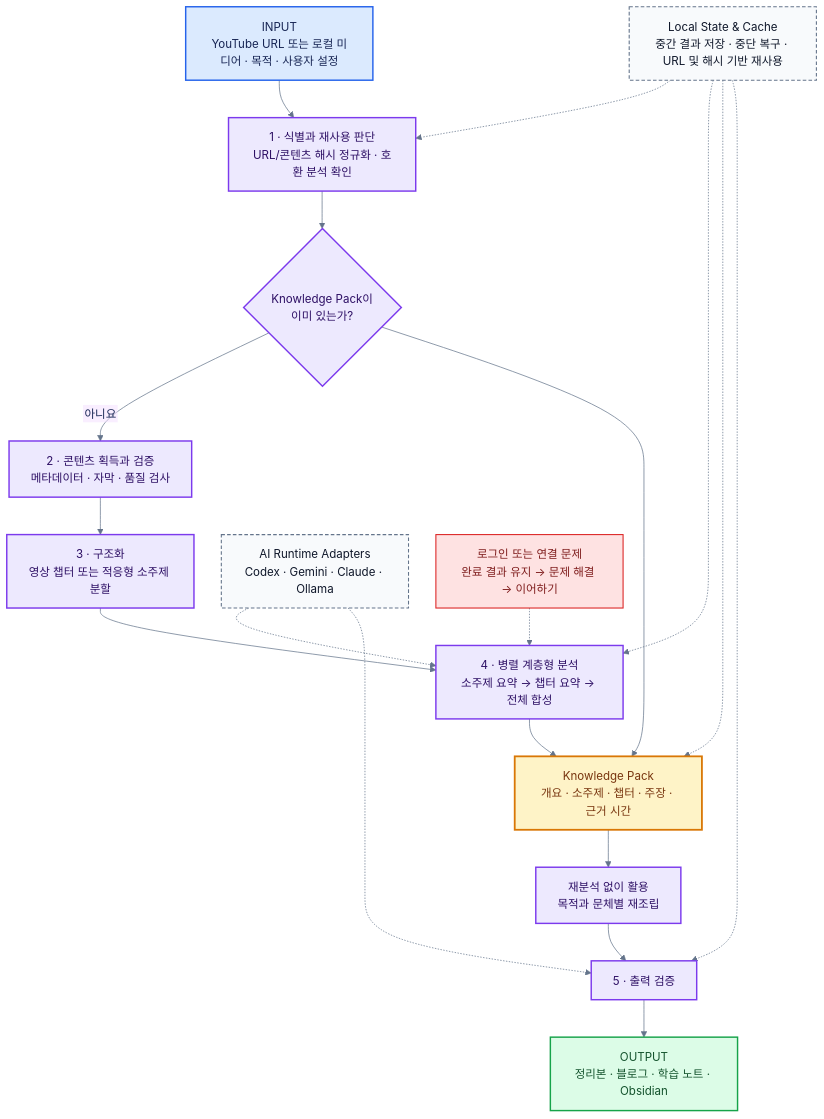
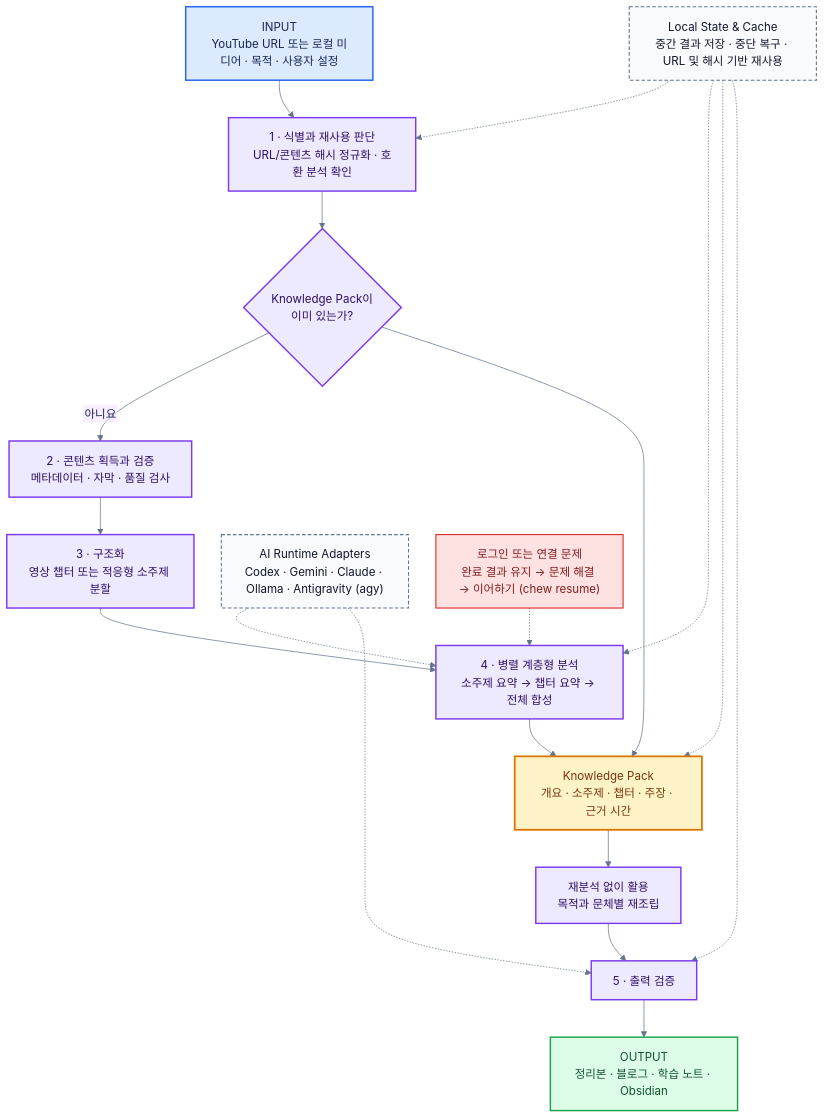
One commit to SHcommit/youtube-summerizer-kit changed the diagram in assets/architecture/ko/internal-pipeline.mmd. Above: the diagram before and after it, drawn with Mermaid. The commit also changed 7 other files, not shown here.

Commit message:
docs: update Mermaid architecture diagrams with chew CLI and Antigravity harness

```diff
--- a/assets/architecture/ko/internal-pipeline.mmd
+++ b/assets/architecture/ko/internal-pipeline.mmd
@@ -1,39 +1,39 @@
 %%{init: {"theme":"base","themeVariables":{"fontFamily":"Arial, Apple SD Gothic Neo, Noto Sans KR, sans-serif","primaryTextColor":"#172554","lineColor":"#64748b","clusterBkg":"#ffffff","clusterBorder":"#cbd5e1"},"flowchart":{"curve":"basis","nodeSpacing":38,"rankSpacing":52,"htmlLabels":false}}}%%
 flowchart TB
     INPUT["INPUT<br/>YouTube URL 또는 로컬 미디어 · 목적 · 사용자 설정"]
     IDENTITY["1 · 식별과 재사용 판단<br/>URL/콘텐츠 해시 정규화 · 호환 분석 확인"]
     INPUT --> IDENTITY
     IDENTITY --> CACHE{"Knowledge Pack이<br/>이미 있는가?"}
 
     CACHE -->|아니요| ACQUIRE["2 · 콘텐츠 획득과 검증<br/>메타데이터 · 자막 · 품질 검사"]
     ACQUIRE --> SEGMENT["3 · 구조화<br/>영상 챕터 또는 적응형 소주제 분할"]
     SEGMENT --> SYNTHESIS["4 · 병렬 계층형 분석<br/>소주제 요약 → 챕터 요약 → 전체 합성"]
     SYNTHESIS --> PACK["Knowledge Pack<br/>개요 · 소주제 · 챕터 · 주장 · 근거 시간"]
     CACHE --> PACK
 
     PACK --> REUSE["재분석 없이 활용<br/>목적과 문체별 재조립"]
     REUSE --> ASSEMBLY["5 · 출력 검증"]
     ASSEMBLY --> OUTPUT["OUTPUT<br/>정리본 · 블로그 · 학습 노트 · Obsidian"]
 
-    RUNTIMES["AI Runtime Adapters<br/>Codex · Gemini · Claude · Ollama"] -.-> SYNTHESIS
+    RUNTIMES["AI Runtime Adapters<br/>Codex · Gemini · Claude · Ollama · Antigravity (agy)"] -.-> SYNTHESIS
     RUNTIMES -.-> ASSEMBLY
 
     LOCAL["Local State & Cache<br/>중간 결과 저장 · 중단 복구 · URL 및 해시 기반 재사용"] -.-> IDENTITY
     LOCAL -.-> SYNTHESIS
     LOCAL -.-> PACK
     LOCAL -.-> ASSEMBLY
 
-    RECOVERY["로그인 또는 연결 문제<br/>완료 결과 유지 → 문제 해결 → 이어하기"] -.-> SYNTHESIS
+    RECOVERY["로그인 또는 연결 문제<br/>완료 결과 유지 → 문제 해결 → 이어하기 (chew resume)"] -.-> SYNTHESIS
 
     classDef input fill:#dbeafe,stroke:#2563eb,stroke-width:2px,color:#172554;
     classDef process fill:#ede9fe,stroke:#7c3aed,stroke-width:2px,color:#2e1065;
     classDef knowledge fill:#fef3c7,stroke:#d97706,stroke-width:2.5px,color:#78350f;
     classDef output fill:#dcfce7,stroke:#16a34a,stroke-width:2px,color:#14532d;
     classDef support fill:#f8fafc,stroke:#64748b,stroke-width:1.5px,stroke-dasharray:5 3,color:#0f172a;
     classDef recovery fill:#fee2e2,stroke:#dc2626,stroke-width:1.5px,color:#7f1d1d;
     class INPUT input;
     class IDENTITY,CACHE,ACQUIRE,SEGMENT,SYNTHESIS,REUSE,ASSEMBLY process;
     class PACK knowledge;
     class OUTPUT output;
     class RUNTIMES,LOCAL support;
     class RECOVERY recovery;
```
